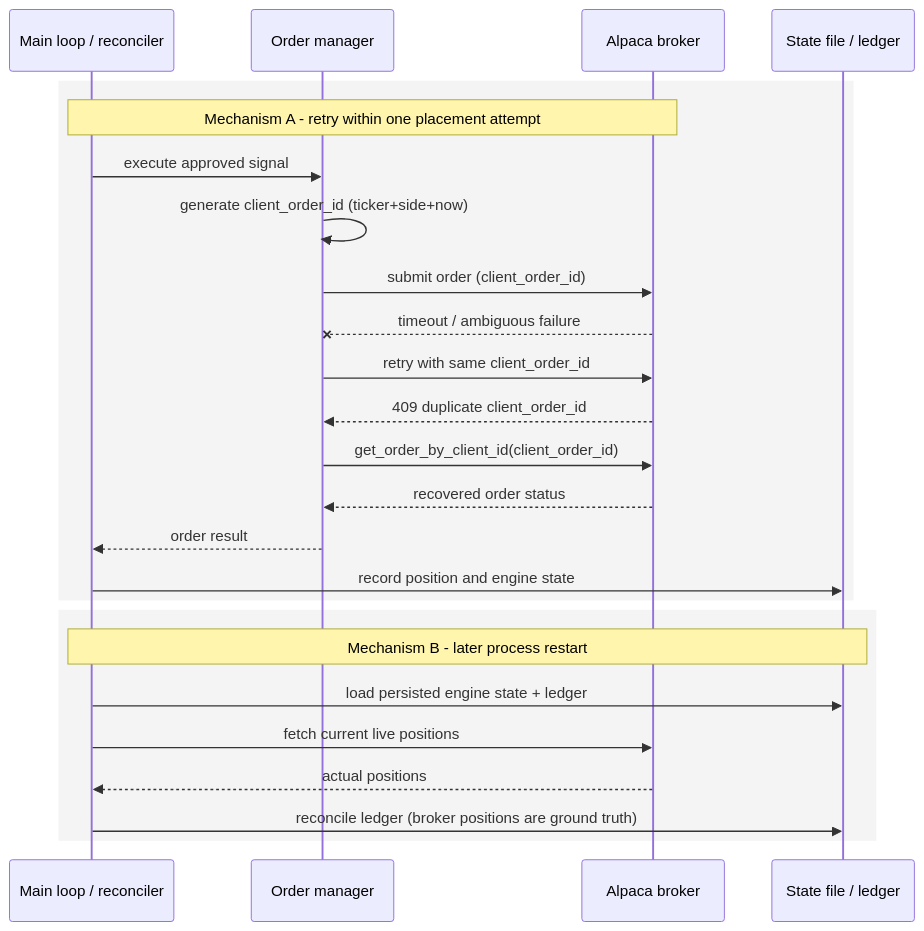
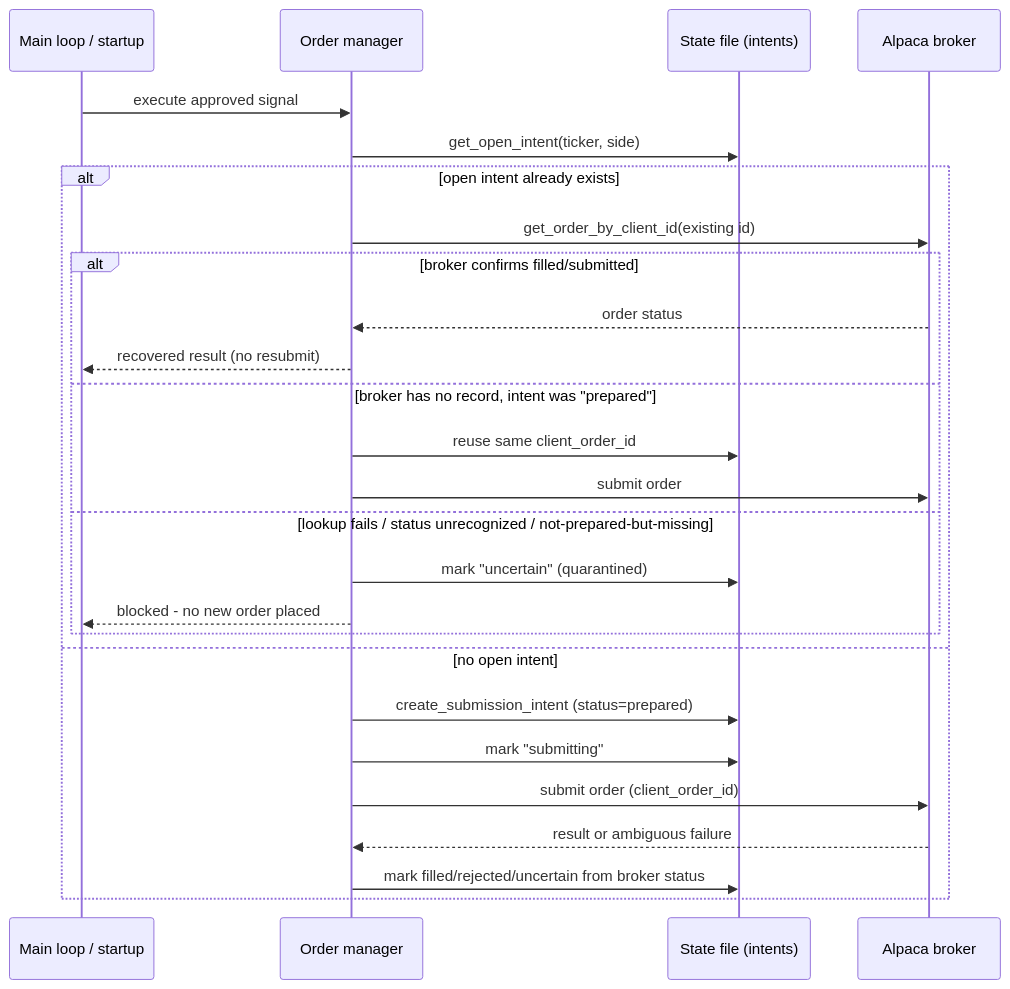
One commit to bernardoguterres/AlphaLive changed the second of 2 diagrams in README.md. Above: the diagram before and after it, drawn with Mermaid. The commit also changed other lines of this file and 26 other files, not shown here.

Commit message:
fix: durable order-intent lifecycle, weekly scheduling, close-order safety, and multi-strategy hardening

````diff
--- a/README.md
+++ b/README.md
@@ -110,29 +112,29 @@
 ```mermaid
 sequenceDiagram
-    participant Main as Main loop / reconciler
+    participant Main as Main loop / startup
     participant OM as Order manager
+    participant State as State file (intents)
     participant Alpaca as Alpaca broker
-    participant State as State file / ledger
 
-    rect rgba(120,120,120,0.08)
-    Note over Main,Alpaca: Mechanism A - retry within one placement attempt
     Main->>OM: execute approved signal
-    OM->>OM: generate client_order_id (ticker+side+now)
-    OM->>Alpaca: submit order (client_order_id)
-    Alpaca--xOM: timeout / ambiguous failure
-    OM->>Alpaca: retry with same client_order_id
-    Alpaca-->>OM: 409 duplicate client_order_id
-    OM->>Alpaca: get_order_by_client_id(client_order_id)
-    Alpaca-->>OM: recovered order status
-    OM-->>Main: order result
-    Main->>State: record position and engine state
-    end
-
-    rect rgba(120,120,120,0.08)
-    Note over Main,State: Mechanism B - later process restart
-    Main->>State: load persisted engine state + ledger
-    Main->>Alpaca: fetch current live positions
-    Alpaca-->>Main: actual positions
-    Main->>State: reconcile ledger (broker positions are ground truth)
+    OM->>State: get_open_intent(ticker, side)
+    alt open intent already exists
+        OM->>Alpaca: get_order_by_client_id(existing id)
+        alt broker confirms filled/submitted
+            Alpaca-->>OM: order status
+            OM-->>Main: recovered result (no resubmit)
+        else broker has no record, intent was "prepared"
+            OM->>State: reuse same client_order_id
+            OM->>Alpaca: submit order
+        else lookup fails / status unrecognized / not-prepared-but-missing
+            OM->>State: mark "uncertain" (quarantined)
+            OM-->>Main: blocked - no new order placed
+        end
+    else no open intent
+        OM->>State: create_submission_intent (status=prepared)
+        OM->>State: mark "submitting"
+        OM->>Alpaca: submit order (client_order_id)
+        Alpaca-->>OM: result or ambiguous failure
+        OM->>State: mark filled/rejected/uncertain from broker status
     end
 ```
````
